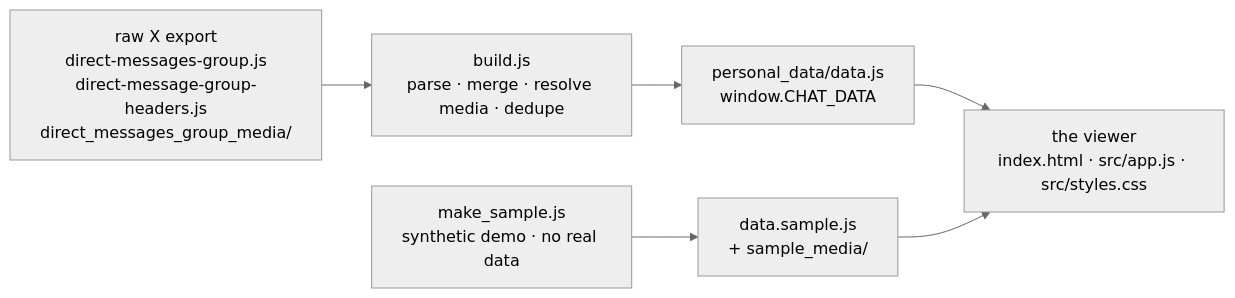
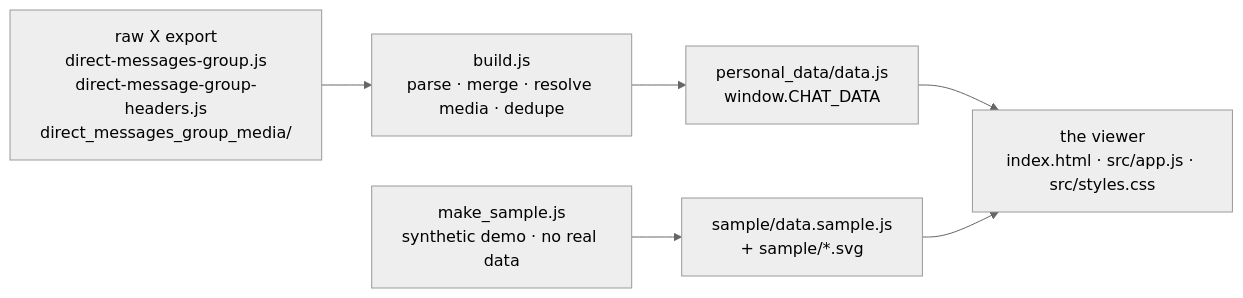
The diagram in docs/ARCHITECTURE.md (yib7/twitter_GC_archival), drawn with Mermaid (neutral theme) before and after one commit. The commit also changed other lines of this file and 52 other files, not shown here.

First line of the commit message:
refactor: keep the demo data and its photos together in sample/

````diff
--- a/docs/ARCHITECTURE.md
+++ b/docs/ARCHITECTURE.md
@@ -9,12 +9,12 @@
 ```mermaid
 flowchart LR
   X["raw X export<br/>direct-messages-group.js<br/>direct-message-group-headers.js<br/>direct_messages_group_media/"]
   B["build.js<br/>parse · merge · resolve media · dedupe"]
   D["personal_data/data.js<br/>window.CHAT_DATA"]
   V["the viewer<br/>index.html · src/app.js · src/styles.css"]
   MS["make_sample.js<br/>synthetic demo · no real data"]
-  S["data.sample.js<br/>+ sample_media/"]
+  S["sample/data.sample.js<br/>+ sample/*.svg"]
 
   X --> B --> D --> V
   MS --> S --> V
 ```
````
